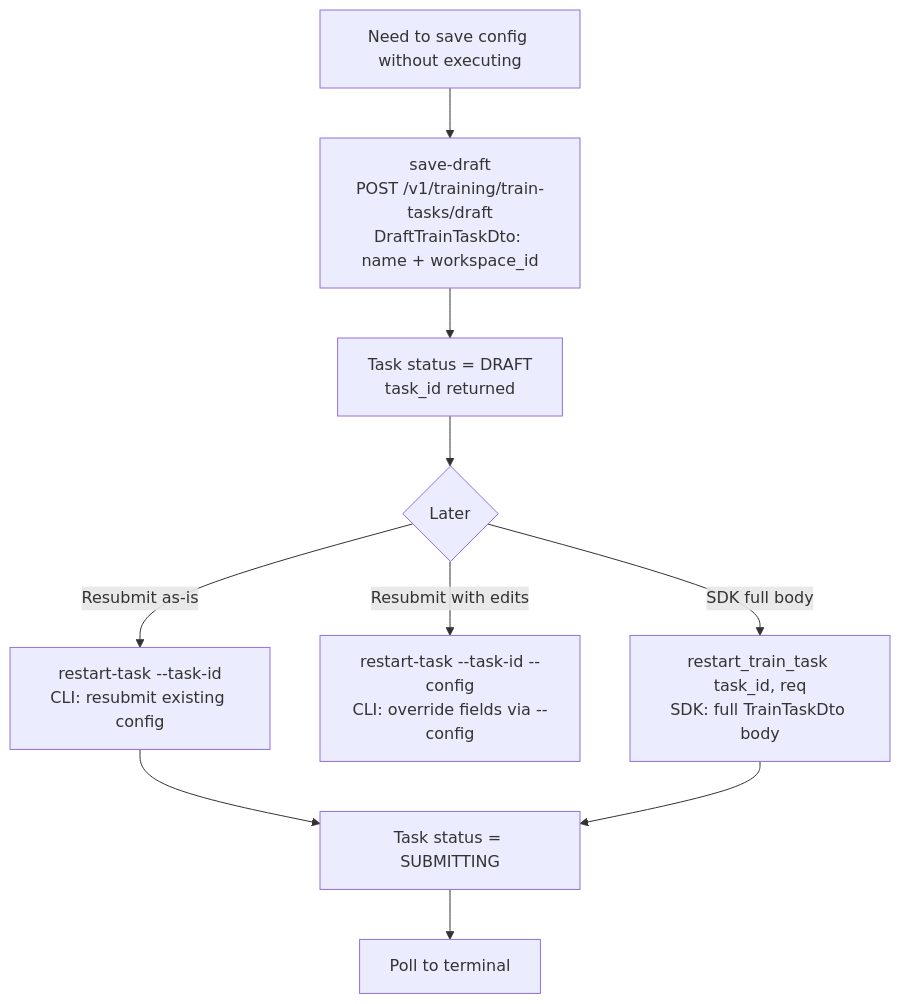
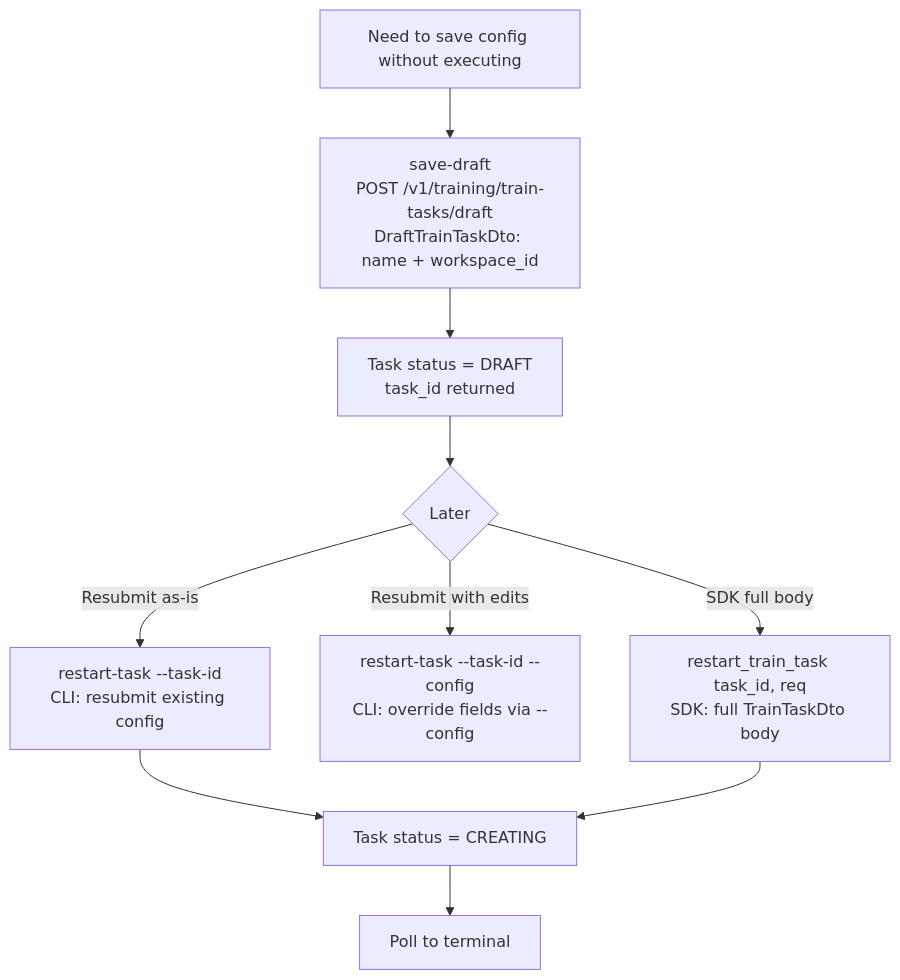
One commit to zhuzhe1992/demo changed the eighth of 10 diagrams in skills/huawei-cloud-cloudrobo-train/references/dataflow-diagram.md. Above: the diagram before and after it, drawn with Mermaid. The commit also changed other lines of this file and 42 other files, not shown here.

````diff
--- a/skills/huawei-cloud-cloudrobo-train/references/dataflow-diagram.md
+++ b/skills/huawei-cloud-cloudrobo-train/references/dataflow-diagram.md
@@ -126,12 +126,12 @@
 ```mermaid
 flowchart TD
     Start[Need to save config without executing] --> Save[save-draft<br/>POST /v1/training/train-tasks/draft<br/>DraftTrainTaskDto: name + workspace_id]
     Save --> DraftState[Task status = DRAFT<br/>task_id returned]
     DraftState --> Later{Later}
     Later -->|Resubmit as-is| RestartCLI[restart-task --task-id<br/>CLI: resubmit existing config]
     Later -->|Resubmit with edits| RestartEdit[restart-task --task-id --config<br/>CLI: override fields via --config]
     Later -->|SDK full body| RestartSDK[restart_train_task task_id, req<br/>SDK: full TrainTaskDto body]
-    RestartCLI --> Submit[Task status = SUBMITTING]
+    RestartCLI --> Submit[Task status = CREATING]
     RestartSDK --> Submit
     Submit --> Poll[Poll to terminal]
 ```
````
